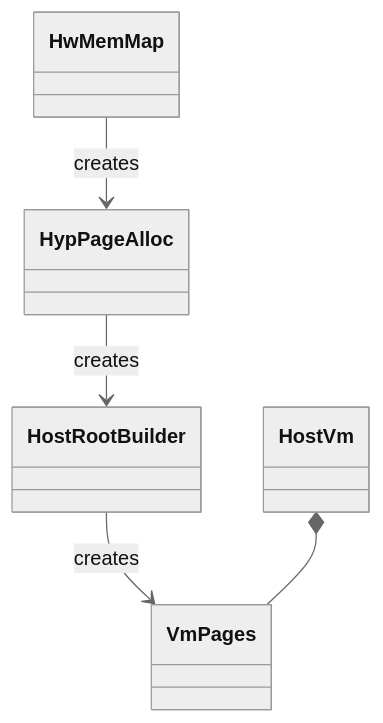
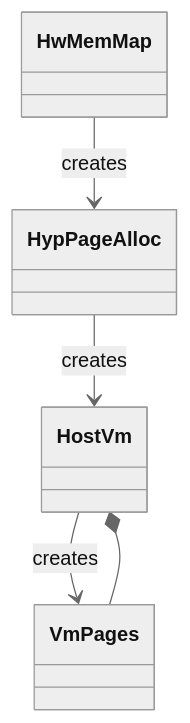
One commit to rivosinc/salus changed the first of 3 diagrams in MEMORY.md. Above: the diagram before and after it, drawn with Mermaid (neutral theme). The commit also changed other lines of this file and 5 other files, not shown here.

````diff
--- a/MEMORY.md
+++ b/MEMORY.md
@@ -7,17 +7,15 @@
 ```mermaid
 classDiagram
     class HwMemMap {
     }
     class HypPageAlloc {
     }
-    class HostRootBuilder {
+    class HostVm {
     }
     class VmPages {
     }
-    class HostVm {
-    }
     HwMemMap --> HypPageAlloc : creates
-    HypPageAlloc --> HostRootBuilder : creates
-    HostRootBuilder --> VmPages : creates
+    HypPageAlloc --> HostVm : creates
+    HostVm --> VmPages : creates
     HostVm *-- VmPages
 ```
````
